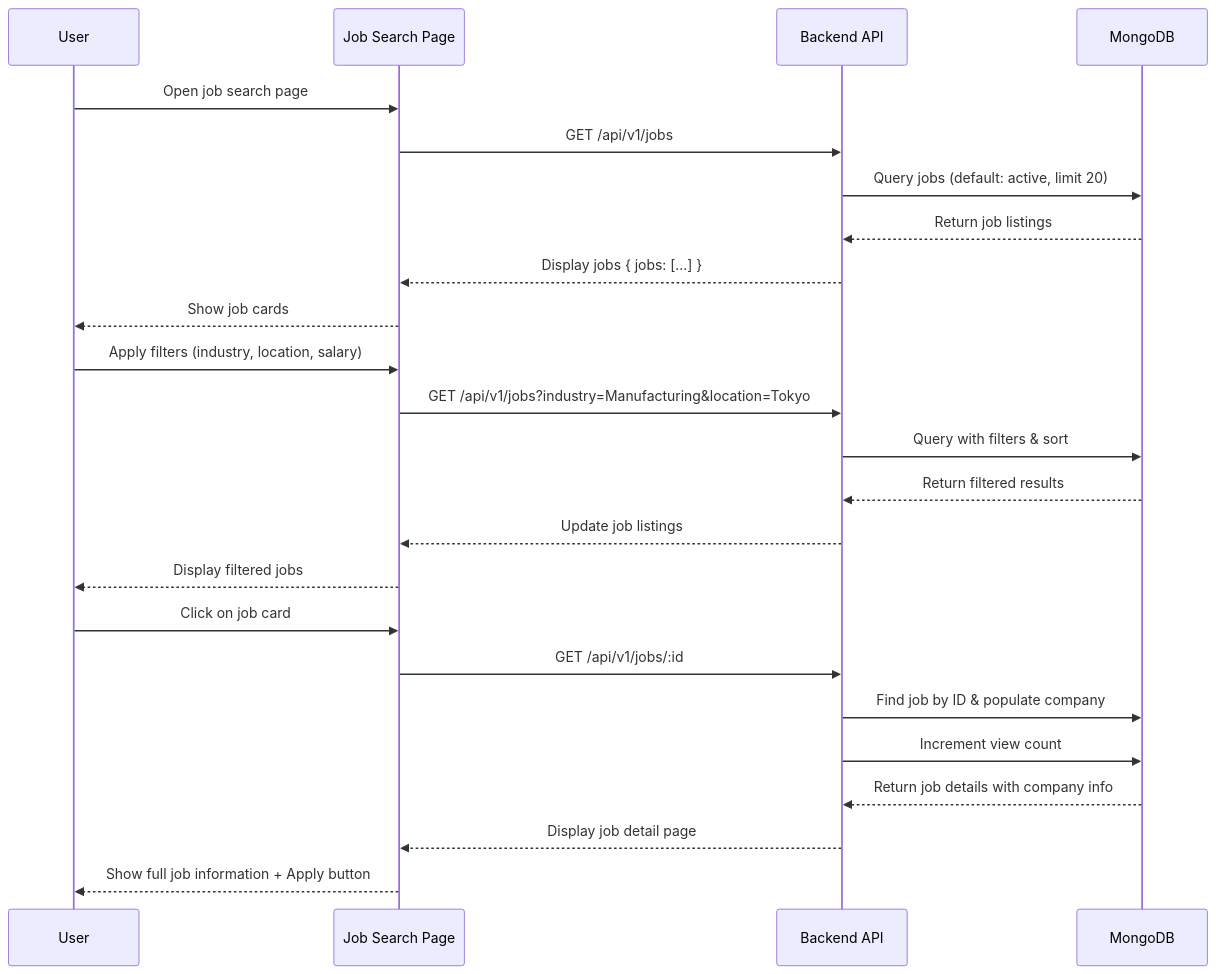
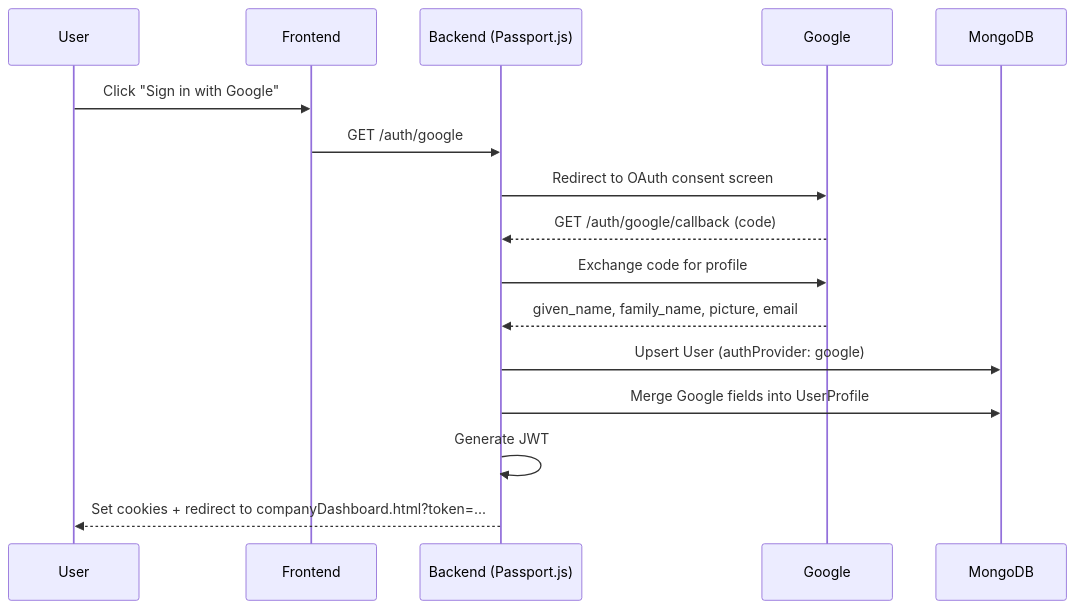
One commit to Team-Kaizen-MMDC/mmdc-wst changed the second of 6 diagrams in docs/DATABASE_PLAN.md. Above: the diagram before and after it, drawn with Mermaid. The commit also changed other lines of this file, not shown here.

Commit message:
Implement feature X to enhance user experience and optimize performance

````diff
--- a/docs/DATABASE_PLAN.md
+++ b/docs/DATABASE_PLAN.md
@@ -726,29 +551,19 @@
 ```mermaid
 sequenceDiagram
     participant User
-    participant UI as Job Search Page
-    participant API as Backend API
+    participant UI as Frontend
+    participant API as Backend (Passport.js)
+    participant Google
     participant DB as MongoDB
 
-    User->>UI: Open job search page
-    UI->>API: GET /api/v1/jobs
-    API->>DB: Query jobs (default: active, limit 20)
-    DB-->>API: Return job listings
-    API-->>UI: Display jobs { jobs: [...] }
-    UI-->>User: Show job cards
-
-    User->>UI: Apply filters (industry, location, salary)
-    UI->>API: GET /api/v1/jobs?industry=Manufacturing&location=Tokyo
-    API->>DB: Query with filters & sort
-    DB-->>API: Return filtered results
-    API-->>UI: Update job listings
-    UI-->>User: Display filtered jobs
-
-    User->>UI: Click on job card
-    UI->>API: GET /api/v1/jobs/:id
-    API->>DB: Find job by ID & populate company
-    API->>DB: Increment view count
-    DB-->>API: Return job details with company info
-    API-->>UI: Display job detail page
-    UI-->>User: Show full job information + Apply button
+    User->>UI: Click "Sign in with Google"
+    UI->>API: GET /auth/google
+    API->>Google: Redirect to OAuth consent screen
+    Google-->>API: GET /auth/google/callback (code)
+    API->>Google: Exchange code for profile
+    Google-->>API: given_name, family_name, picture, email
+    API->>DB: Upsert User (authProvider: google)
+    API->>DB: Merge Google fields into UserProfile
+    API->>API: Generate JWT
+    API-->>User: Set cookies + redirect to companyDashboard.html?token=...
 ```
````
